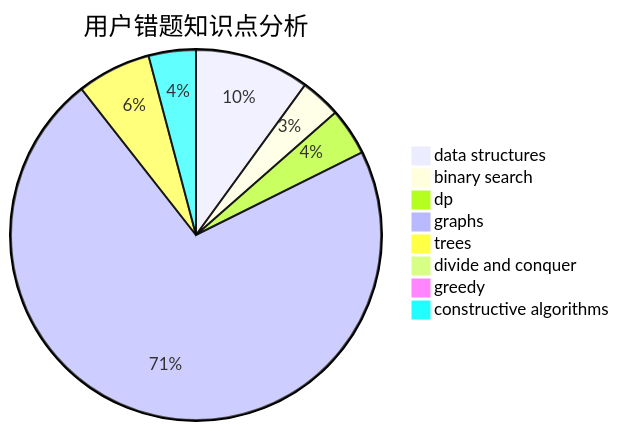
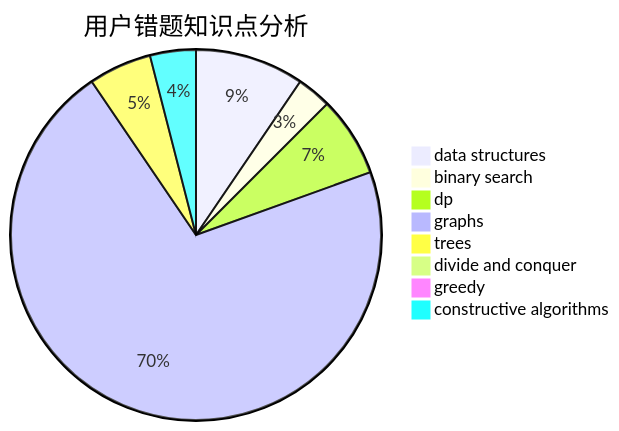
The third of 3 diagrams in docs/user/u2398.md (sherpahu/cfrs.github.io), drawn with Mermaid before and after one commit. The commit also changed other lines of this file and 2770 other files, not shown here.

````diff
--- a/docs/user/u2398.md
+++ b/docs/user/u2398.md
@@ -36,11 +36,11 @@
 ```mermaid
 pie title 用户错题知识点分析
-    "data structures" :  17
+    "data structures" :  19
     "binary search" :  6
-    "dp" :  7
-    "graphs" :  122
+    "dp" :  14
+    "graphs" :  142
     "trees" :  11
-    "divide and conquer" :  1
-    "greedy" :  1
-    "constructive algorithms" :  7
+    "divide and conquer" :  2
+    "greedy" :  2
+    "constructive algorithms" :  8
 ```
````
